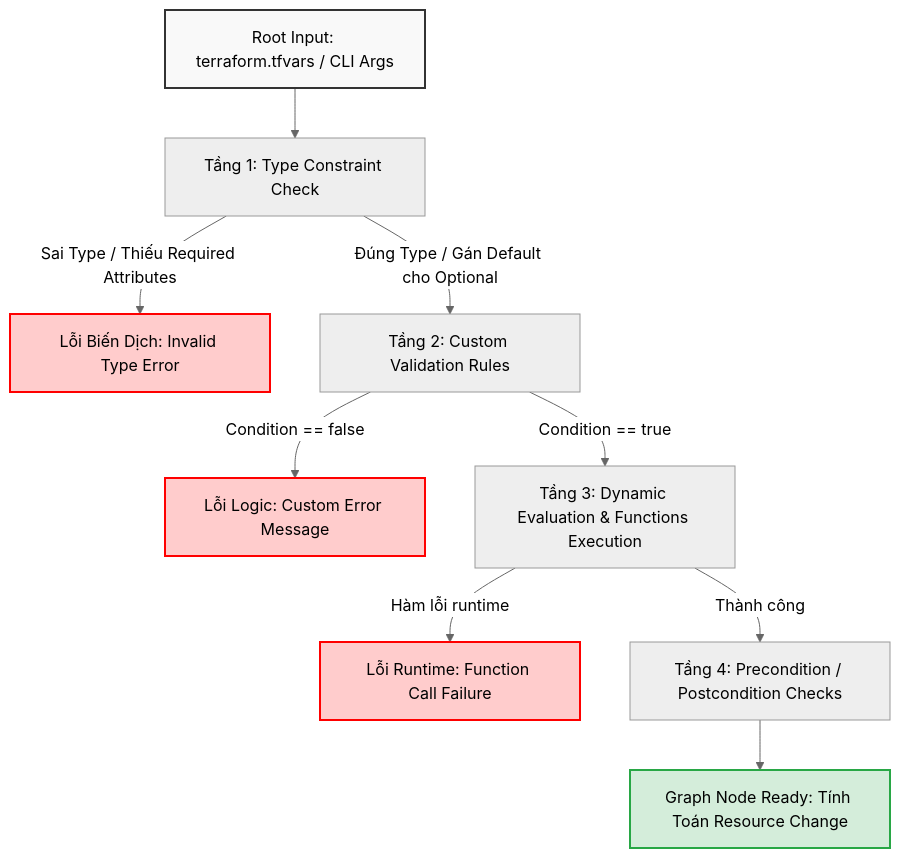
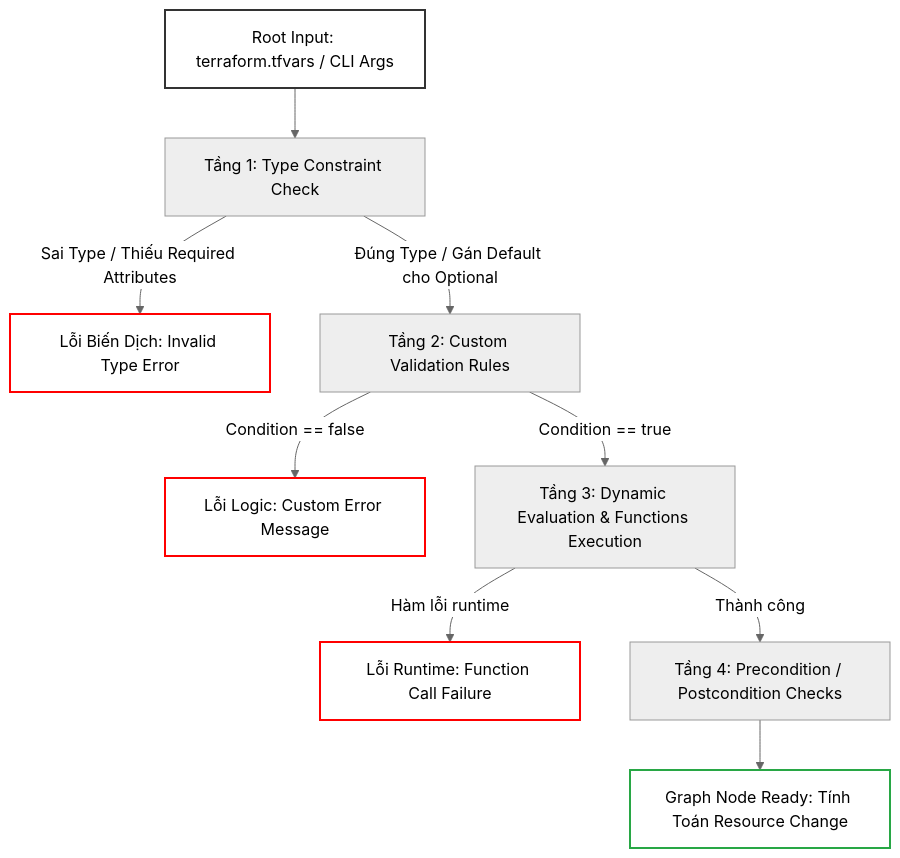
The first of 5 diagrams in _posts/2026-09-13-terraform-15-15-functions-type-constraints-va-custom-variable-validation-chuan-enterprise.md (kiennt308/ntk), drawn with Mermaid (neutral theme) before and after one commit. The commit also changed other lines of this file and 207 other files, not shown here.

Commit message:
feat(posts): batch standardize all 208 posts with TL;DR, qa-card accordion, fill:none mermaid, and liquid raw wrappers

````diff
--- a/_posts/2026-09-13-terraform-15-15-functions-type-constraints-va-custom-variable-validation-chuan-enterprise.md
+++ b/_posts/2026-09-13-terraform-15-15-functions-type-constraints-va-custom-variable-validation-chuan-enterprise.md
@@ -34,19 +38,19 @@
 ```mermaid
 flowchart TD
     A["Root Input: terraform.tfvars / CLI Args"] --> B["Tầng 1: Type Constraint Check"]
     B -->|Sai Type / Thiếu Required Attributes| ERR1["Lỗi Biến Dịch: Invalid Type Error"]
     B -->|Đúng Type / Gán Default cho Optional| C["Tầng 2: Custom Validation Rules"]
     C -->|Condition == false| ERR2["Lỗi Logic: Custom Error Message"]
     C -->|Condition == true| D["Tầng 3: Dynamic Evaluation & Functions Execution"]
     D -->|Hàm lỗi runtime| ERR3["Lỗi Runtime: Function Call Failure"]
     D -->|Thành công| E["Tầng 4: Precondition / Postcondition Checks"]
     E --> F["Graph Node Ready: Tính Toán Resource Change"]
 
-    style A fill:#f9f9f9,stroke:#333,stroke-width:2px
-    style ERR1 fill:#ffcccc,stroke:#ff0000,stroke-width:2px
-    style ERR2 fill:#ffcccc,stroke:#ff0000,stroke-width:2px
-    style ERR3 fill:#ffcccc,stroke:#ff0000,stroke-width:2px
-    style F fill:#d4edda,stroke:#28a745,stroke-width:2px
+    style A fill:none,stroke:#333,stroke-width:2px
+    style ERR1 fill:none,stroke:#ff0000,stroke-width:2px
+    style ERR2 fill:none,stroke:#ff0000,stroke-width:2px
+    style ERR3 fill:none,stroke:#ff0000,stroke-width:2px
+    style F fill:none,stroke:#28a745,stroke-width:2px
 
 
 ```
````
